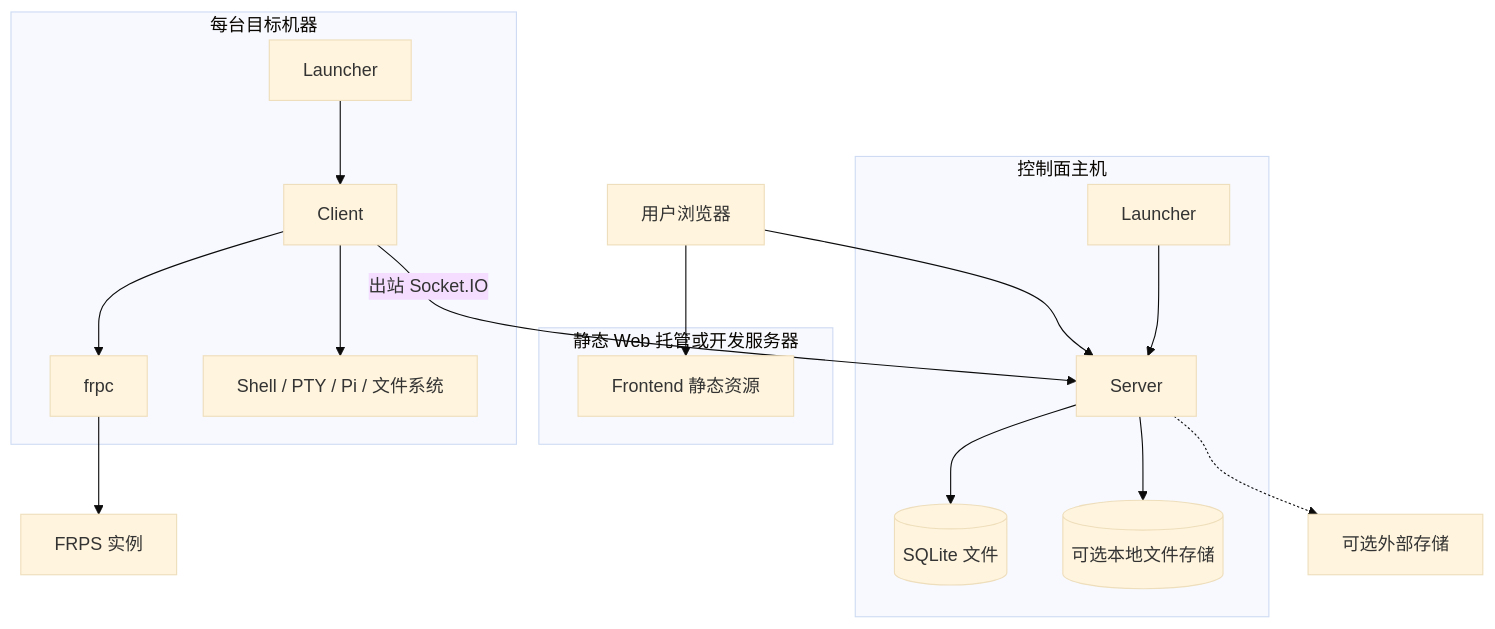
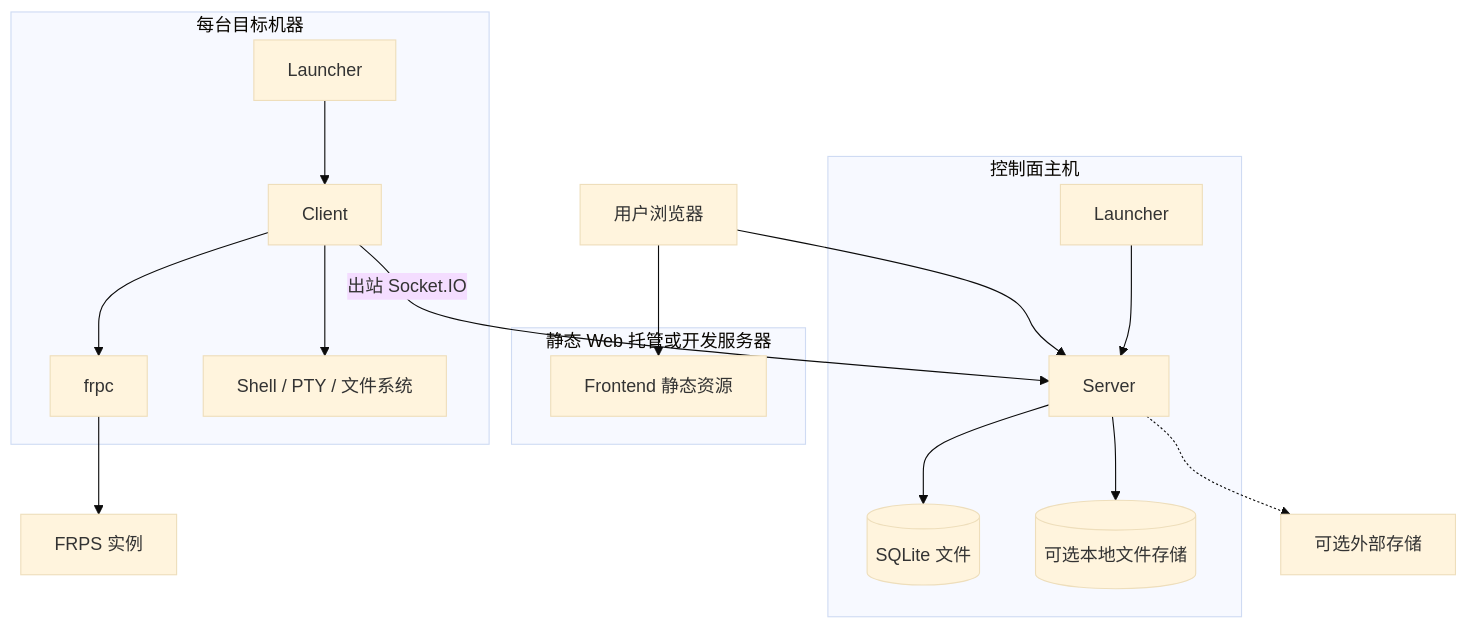
The eighth of 8 diagrams in docs/architecture.md (xuzhen97/VCPDeck), drawn with Mermaid (base theme) before and after one commit. The commit also changed other lines of this file and 399 other files, not shown here.

````diff
--- a/docs/architecture.md
+++ b/docs/architecture.md
@@ -344,32 +323,32 @@
 ```mermaid
 flowchart TB
     subgraph WebHost[静态 Web 托管或开发服务器]
         FrontendFiles[Frontend 静态资源]
     end
 
     subgraph ControlHost[控制面主机]
         ServerLauncher[Launcher]
         ServerProcess[Server]
         Db[(SQLite 文件)]
         LocalStorage[(可选本地文件存储)]
         ServerLauncher --> ServerProcess
         ServerProcess --> Db
         ServerProcess --> LocalStorage
     end
 
     subgraph TargetHost[每台目标机器]
         ClientLauncher[Launcher]
         ClientProcess[Client]
         Frpc[frpc]
-        Pty[Shell / PTY / Pi / 文件系统]
+        Pty[Shell / PTY / 文件系统]
         ClientLauncher --> ClientProcess
         ClientProcess --> Frpc
         ClientProcess --> Pty
     end
 
     Browser[用户浏览器] --> FrontendFiles
     Browser --> ServerProcess
     ClientProcess -->|出站 Socket.IO| ServerProcess
     Frpc --> Frps[FRPS 实例]
     ServerProcess -.-> ExternalStorage[可选外部存储]
 ```
````
